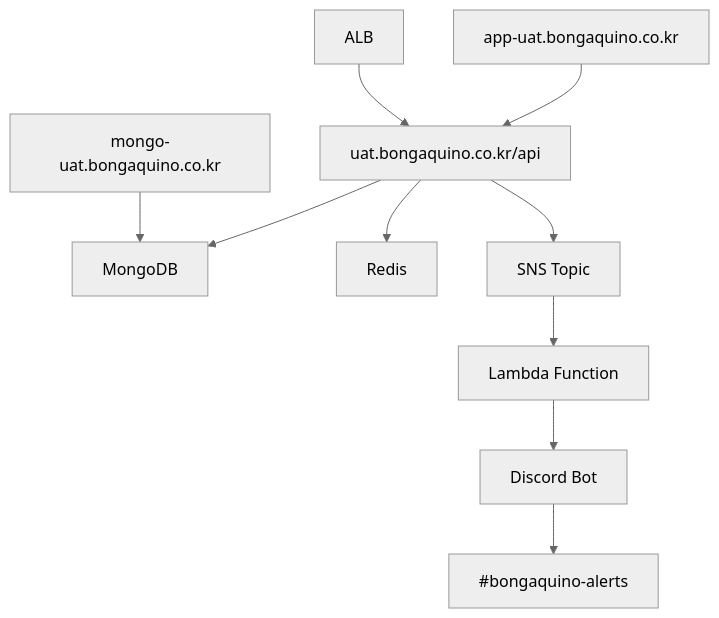
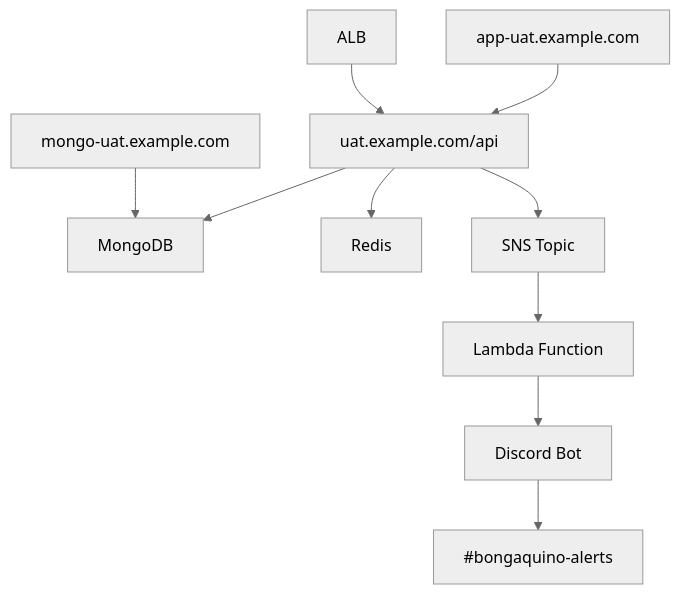
One commit to bongaquino/infra-aws changed the diagram in discord_notifications/UAT_ENDPOINTS.md. Above: the diagram before and after it, drawn with Mermaid (neutral theme). The commit also changed other lines of this file and 28 other files, not shown here.

````diff
--- a/discord_notifications/UAT_ENDPOINTS.md
+++ b/discord_notifications/UAT_ENDPOINTS.md
@@ -92,12 +92,12 @@
 ```mermaid
 graph TD
-    A[app-uat.bongaquino.co.kr] --> B[uat.bongaquino.co.kr/api]
+    A[app-uat.example.com] --> B[uat.example.com/api]
     B --> C[MongoDB]
     B --> D[Redis]
-    E[mongo-uat.bongaquino.co.kr] --> C
+    E[mongo-uat.example.com] --> C
     F[ALB] --> B
     G[Discord Bot] --> H[#bongaquino-alerts]
     B --> I[SNS Topic]
     I --> J[Lambda Function]
     J --> G
 ```
````
